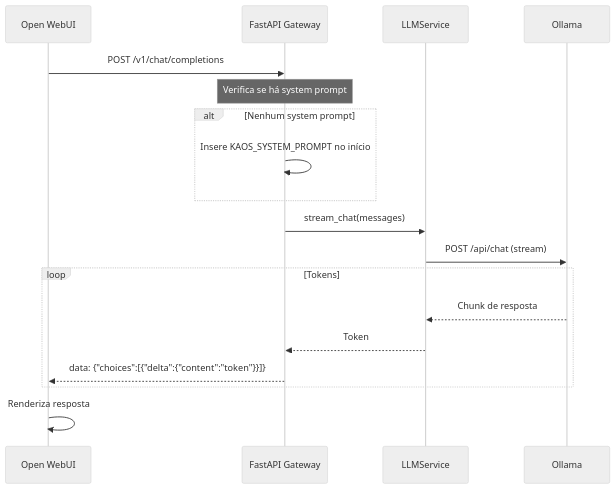
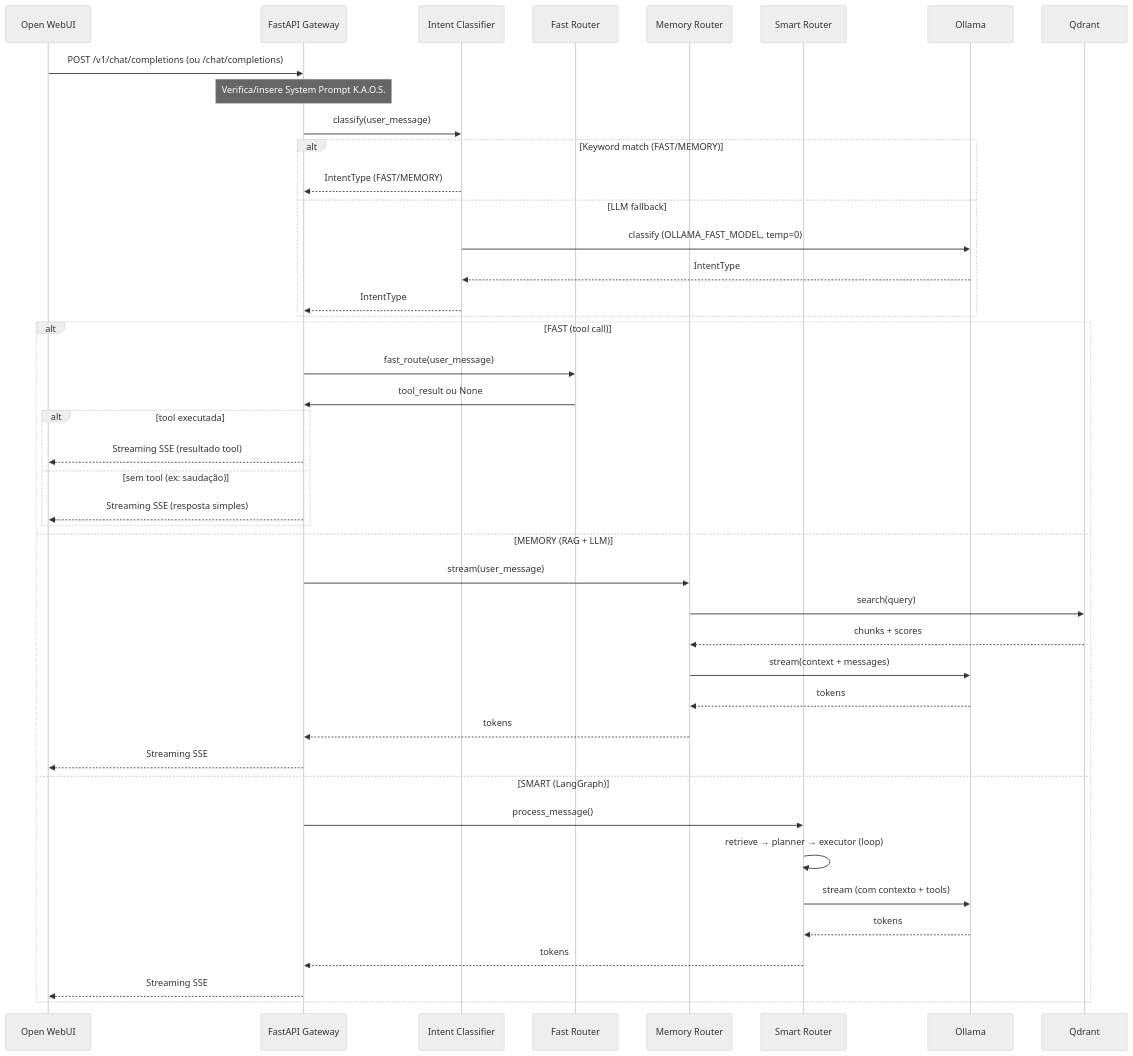
One commit to Brian5m1th/K.A.O.S changed the second of 2 diagrams in docs/sdd_arquitetura_orquestracao.md. Above: the diagram before and after it, drawn with Mermaid (neutral theme). The commit also changed other lines of this file, not shown here.

First line of the commit message:
docs: update SDD Proxy OpenAI & Orchestration with Triple-Router

````diff
--- a/docs/sdd_arquitetura_orquestracao.md
+++ b/docs/sdd_arquitetura_orquestracao.md
@@ -66,21 +95,47 @@
 ```mermaid
 sequenceDiagram
     participant OWUI as Open WebUI
     participant GW as FastAPI Gateway
-    participant LLM as LLMService
+    participant IC as Intent Classifier
+    participant FR as Fast Router
+    participant MR as Memory Router
+    participant SR as Smart Router
     participant OLLAMA as Ollama
+    participant QDRANT as Qdrant
 
-    OWUI->>GW: POST /v1/chat/completions
-    Note over GW: Verifica se há system prompt
-    alt Nenhum system prompt
-        GW->>GW: Insere KAOS_SYSTEM_PROMPT no início
+    OWUI->>GW: POST /v1/chat/completions (ou /chat/completions)
+    Note over GW: Verifica/insere System Prompt K.A.O.S.
+    GW->>IC: classify(user_message)
+    alt Keyword match (FAST/MEMORY)
+        IC-->>GW: IntentType (FAST/MEMORY)
+    else LLM fallback
+        IC->>OLLAMA: classify (OLLAMA_FAST_MODEL, temp=0)
+        OLLAMA-->>IC: IntentType
+        IC-->>GW: IntentType
     end
-    GW->>LLM: stream_chat(messages)
-    LLM->>OLLAMA: POST /api/chat (stream)
-    loop Tokens
-        OLLAMA-->>LLM: Chunk de resposta
-        LLM-->>GW: Token
-        GW-->>OWUI: data: {"choices":[{"delta":{"content":"token"}}]}
+
+    alt FAST (tool call)
+        GW->>FR: fast_route(user_message)
+        FR->>GW: tool_result ou None
+        alt tool executada
+            GW-->>OWUI: Streaming SSE (resultado tool)
+        else sem tool (ex: saudação)
+            GW-->>OWUI: Streaming SSE (resposta simples)
+        end
+    else MEMORY (RAG + LLM)
+        GW->>MR: stream(user_message)
+        MR->>QDRANT: search(query)
+        QDRANT-->>MR: chunks + scores
+        MR->>OLLAMA: stream(context + messages)
+        OLLAMA-->>MR: tokens
+        MR-->>GW: tokens
+        GW-->>OWUI: Streaming SSE
+    else SMART (LangGraph)
+        GW->>SR: process_message()
+        SR->>SR: retrieve → planner → executor (loop)
+        SR->>OLLAMA: stream (com contexto + tools)
+        OLLAMA-->>SR: tokens
+        SR-->>GW: tokens
+        GW-->>OWUI: Streaming SSE
     end
-    OWUI->>OWUI: Renderiza resposta
 ```
````
